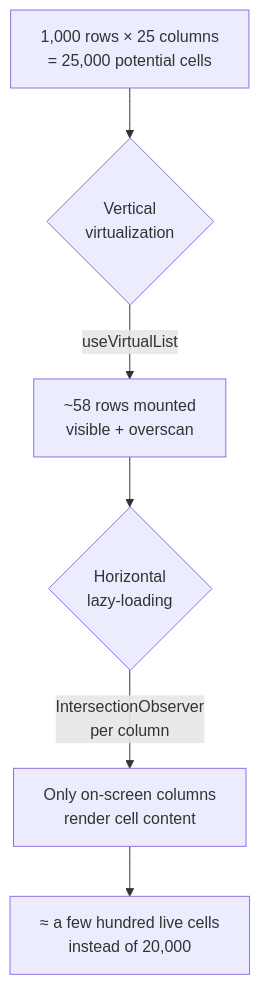
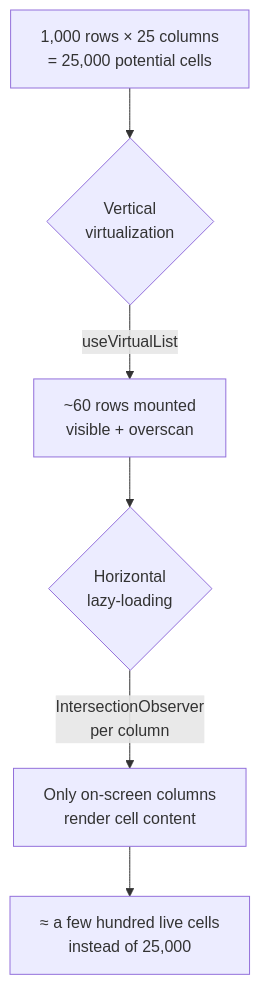
The diagram in README.md (mobinashakeri/vue-virtual-bi-table), drawn with Mermaid before and after one commit. The commit also changed other lines of this file, not shown here.

````diff
--- a/README.md
+++ b/README.md
@@ -81,8 +313,8 @@
 ```mermaid
 flowchart TD
     A[1,000 rows × 25 columns<br/>= 25,000 potential cells] --> B{Vertical<br/>virtualization}
-    B -->|useVirtualList| C[~58 rows mounted<br/>visible + overscan]
+    B -->|useVirtualList| C[~60 rows mounted<br/>visible + overscan]
     C --> D{Horizontal<br/>lazy-loading}
     D -->|IntersectionObserver<br/>per column| E[Only on-screen columns<br/>render cell content]
-    E --> F[≈ a few hundred live cells<br/>instead of 20,000]
+    E --> F[≈ a few hundred live cells<br/>instead of 25,000]
 ```
````
